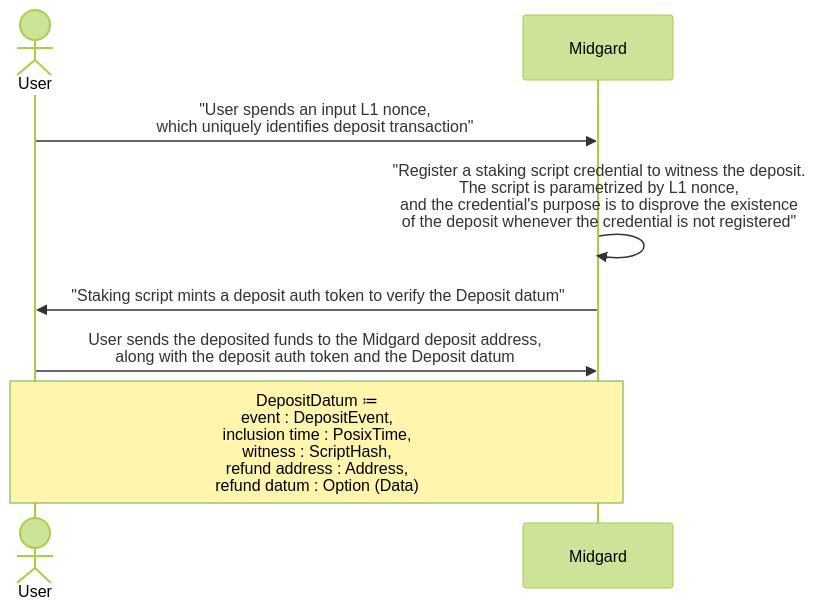
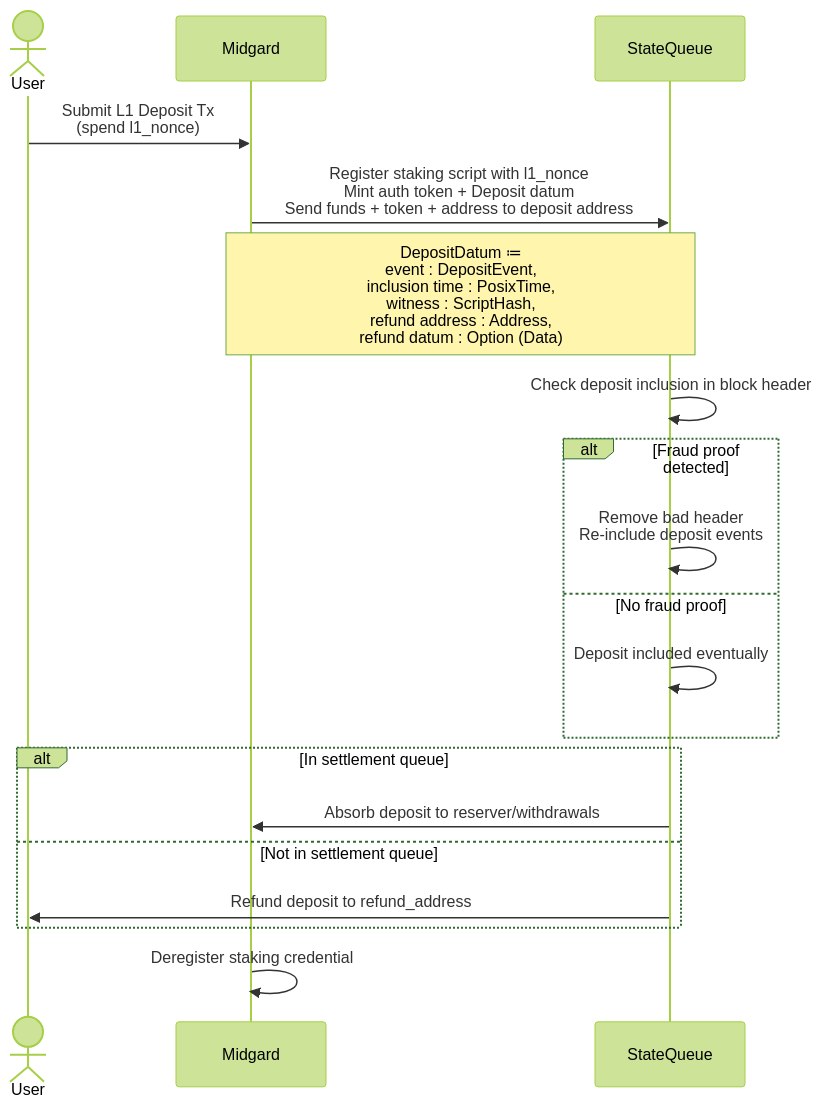
Before and after one commit to sundial-protocol/sundial-monorepo: the diagram in demo/schemes/L1_deposit_scenario.md, drawn with Mermaid (forest theme).

````diff
--- a/demo/schemes/L1_deposit_scenario.md
+++ b/demo/schemes/L1_deposit_scenario.md
@@ -1,12 +1,23 @@
 ```mermaid
 
 sequenceDiagram
 
   Actor User
   participant Midgard
-  User ->> Midgard: "User spends an input L1 nonce,<br>which uniquely identifies deposit transaction"
-  Midgard ->> Midgard: "Register a staking script credential to witness the deposit.<br>The script is parametrized by L1 nonce,<br>and the credential's purpose is to disprove the existence<br>of the deposit whenever the credential is not registered"
-  Midgard ->> User: "Staking script mints a deposit auth token to verify the Deposit datum"
-  User ->> Midgard:User sends the deposited funds to the Midgard deposit address,<br>along with the deposit auth token and the Deposit datum
-  Note over User,Midgard: DepositDatum ≔<br>event : DepositEvent,<br>inclusion time : PosixTime,<br>witness : ScriptHash,<br>refund address : Address,<br>refund datum : Option (Data)
+  participant StateQueue
+  User ->> Midgard: Submit L1 Deposit Tx<br>(spend l1_nonce)
+  Midgard ->> StateQueue: Register staking script with l1_nonce<br>Mint auth token + Deposit datum<br>Send funds + token + address to deposit address
+  Note over Midgard,StateQueue: DepositDatum ≔<br>event : DepositEvent,<br>inclusion time : PosixTime,<br>witness : ScriptHash,<br>refund address : Address,<br>refund datum : Option (Data)
+  StateQueue ->> StateQueue: Check deposit inclusion in block header
+  alt Fraud proof detected
+    StateQueue ->> StateQueue: Remove bad header<br>Re-include deposit events
+  else No fraud proof
+    StateQueue ->> StateQueue: Deposit included eventually
+  end
+  alt In settlement queue
+    StateQueue ->> Midgard: Absorb deposit to reserver/withdrawals
+  else Not in settlement queue
+    StateQueue ->> User: Refund deposit to refund_address
+  end
+  Midgard ->> Midgard: Deregister staking credential
 ```
````
